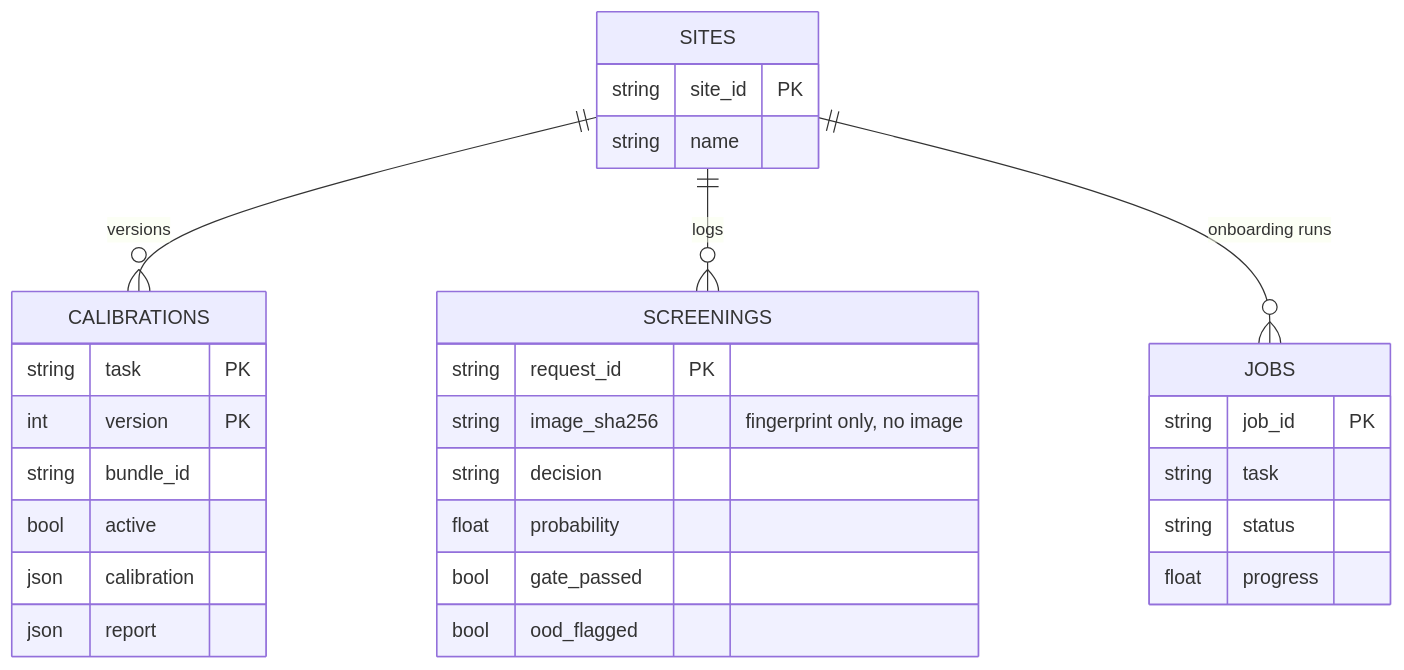
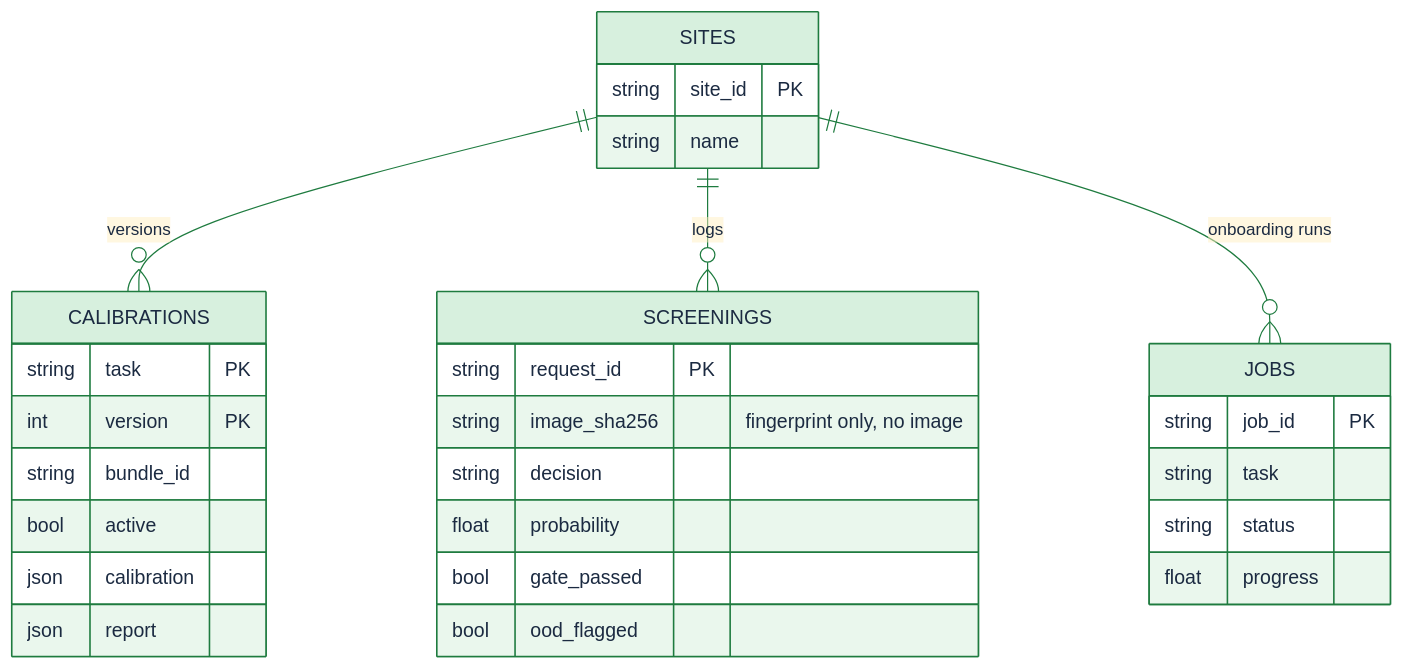
The eighth of 8 diagrams in README.md (hrdk6/Neural-Storm-Hackathon), drawn with Mermaid before and after one commit. The commit also changed other lines of this file, not shown here.

````diff
--- a/README.md
+++ b/README.md
@@ -362,32 +425,33 @@
 ```mermaid
+%%{init: {'theme':'base','themeVariables':{'primaryColor':'#D7F0DE','primaryBorderColor':'#1E7B3F','primaryTextColor':'#1B2A41','lineColor':'#1E7B3F','secondaryColor':'#DCEBFB','tertiaryColor':'#FFF0C2','attributeBackgroundColorOdd':'#F2FAF4','attributeBackgroundColorEven':'#DCEBFB'}}}%%
 erDiagram
     SITES ||--o{ CALIBRATIONS : "versions"
     SITES ||--o{ SCREENINGS : "logs"
     SITES ||--o{ JOBS : "onboarding runs"
     SITES {
         string site_id PK
         string name
     }
     CALIBRATIONS {
         string task PK
         int version PK
         string bundle_id
         bool active
         json calibration
         json report
     }
     SCREENINGS {
         string request_id PK
         string image_sha256 "fingerprint only, no image"
         string decision
         float probability
         bool gate_passed
         bool ood_flagged
     }
     JOBS {
         string job_id PK
         string task
         string status
         float progress
     }
 ```
````
